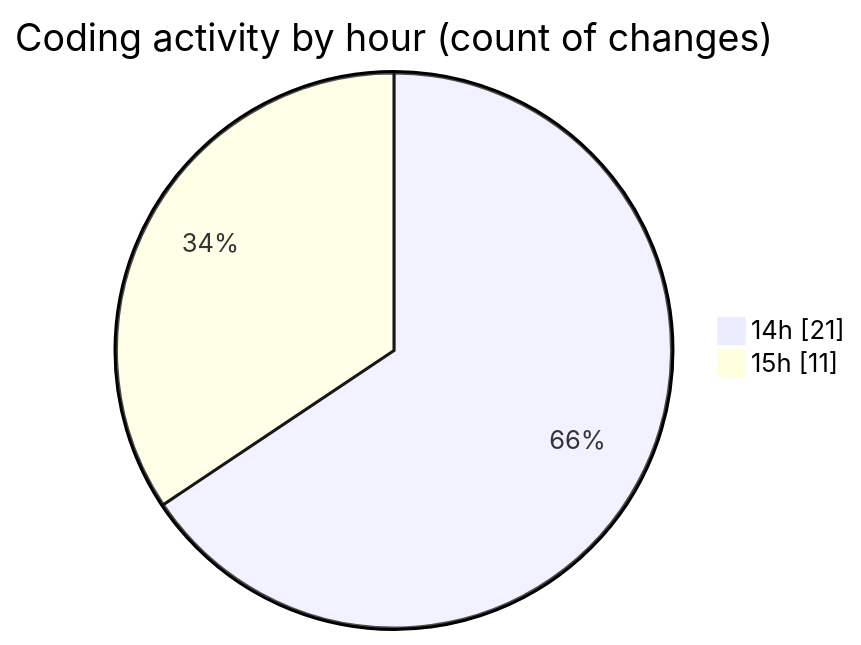
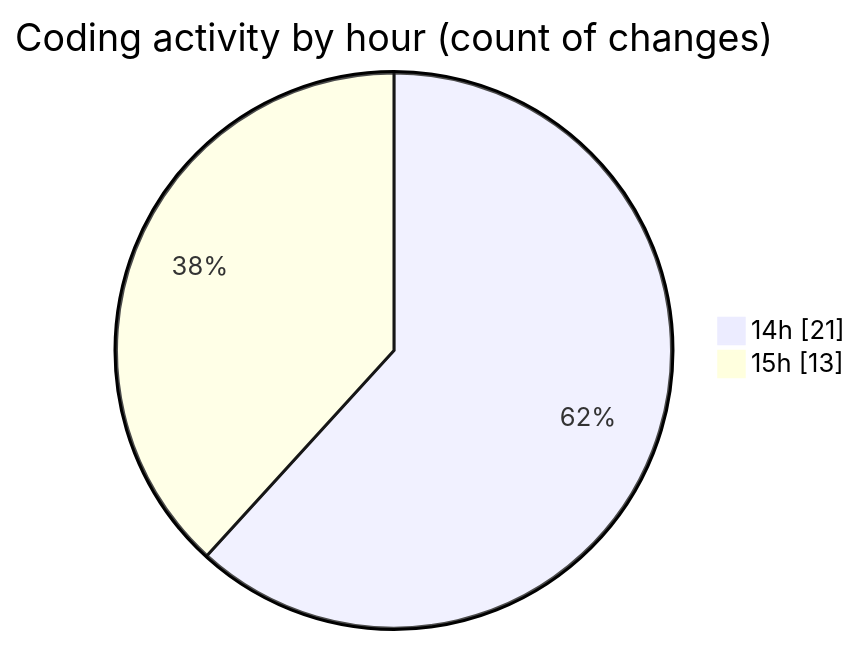
One commit to Ritupan-Deka/code-tracking changed the second of 2 diagrams in 2025-05-24/projects/README.md. Above: the diagram before and after it, drawn with Mermaid. The commit also changed other lines of this file and 1 other file, not shown here.

````diff
--- a/2025-05-24/projects/README.md
+++ b/2025-05-24/projects/README.md
@@ -33,6 +33,6 @@
 ```mermaid
 pie showData
 title Coding activity by hour (count of changes)
 "14h" : 21
-"15h" : 11
+"15h" : 13
 ```
````
